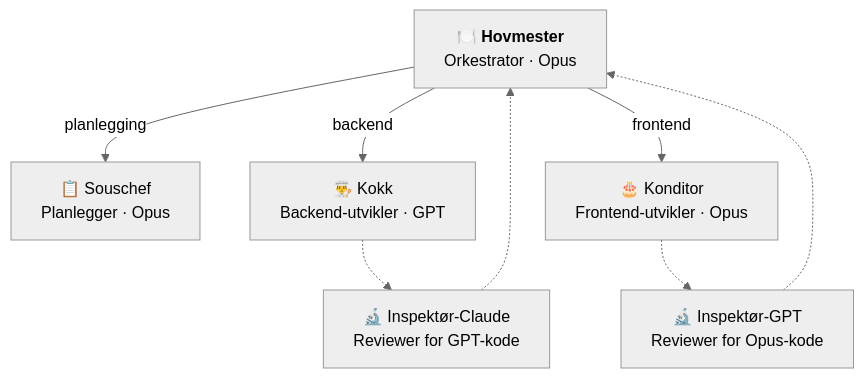
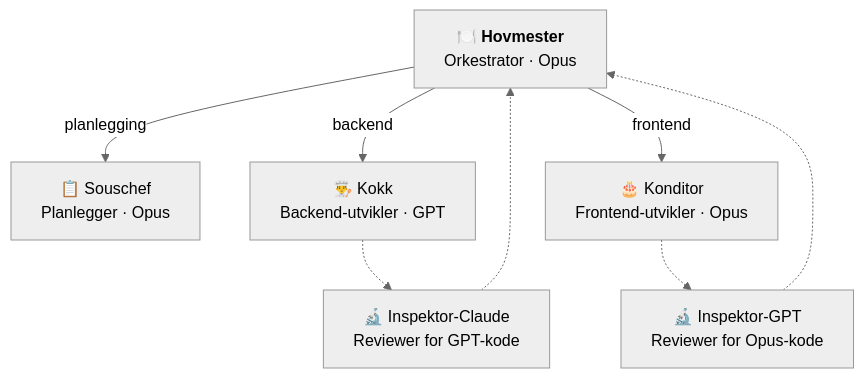
The diagram in README.md (navikt/hovmester), drawn with Mermaid (neutral theme) before and after one commit. The commit also changed other lines of this file and 10 other files, not shown here.

Commit message:
refactor: rename inspektør agents to inspektor to avoid encoding issues

````diff
--- a/README.md
+++ b/README.md
@@ -38,15 +38,15 @@
 ```mermaid
 graph TD
     U["🍽️ <b>Hovmester</b><br/>Orkestrator · Opus"]
     S["📋 Souschef<br/>Planlegger · Opus"]
     K["👨‍🍳 Kokk<br/>Backend-utvikler · GPT"]
     KO["🎂 Konditor<br/>Frontend-utvikler · Opus"]
-    IC["🔬 Inspektør-Claude<br/>Reviewer for GPT-kode"]
-    IG["🔬 Inspektør-GPT<br/>Reviewer for Opus-kode"]
+    IC["🔬 Inspektor-Claude<br/>Reviewer for GPT-kode"]
+    IG["🔬 Inspektor-GPT<br/>Reviewer for Opus-kode"]
 
     U -- planlegging --> S
     U -- backend --> K
     U -- frontend --> KO
     K -.-> IC -.-> U
     KO -.-> IG -.-> U
 ```
````
